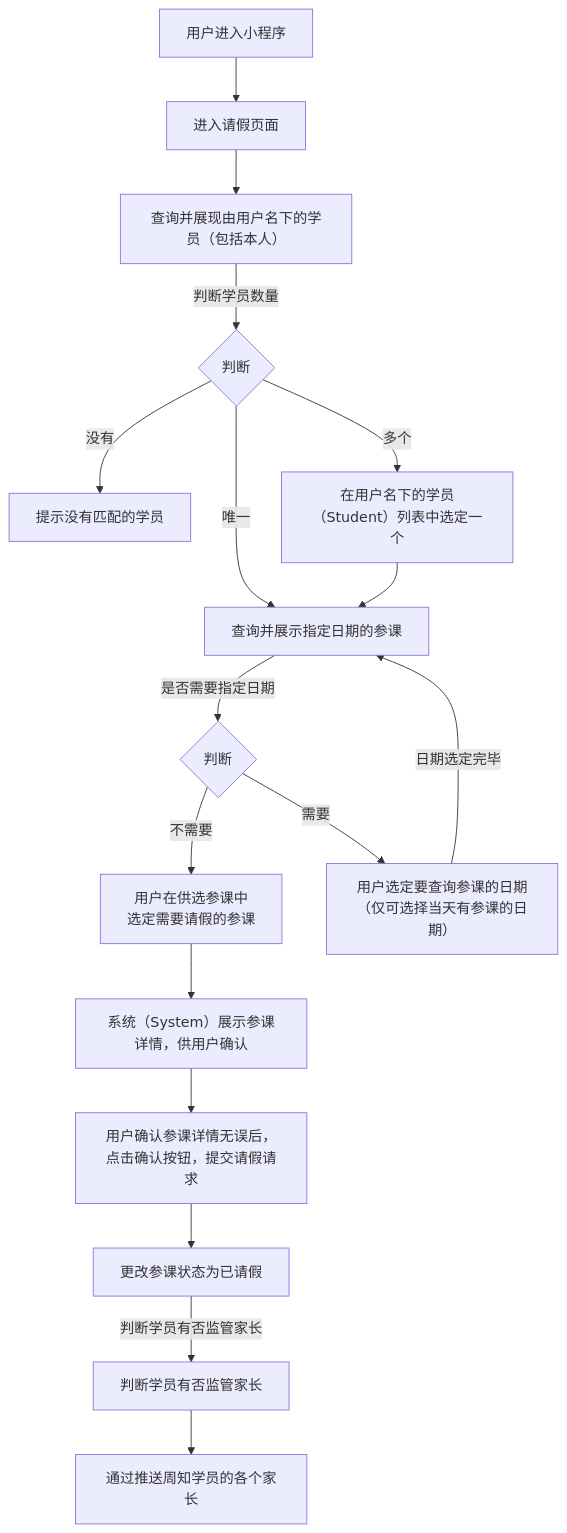
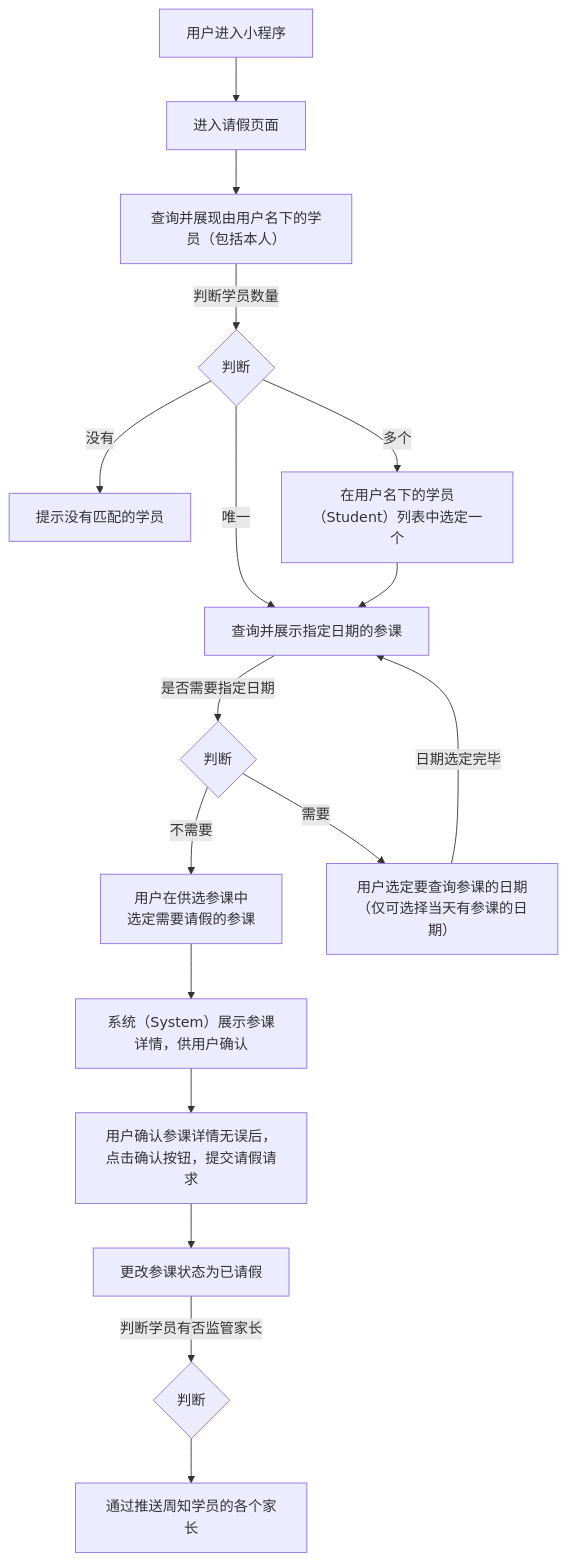
The diagram in 用例/请假.md (world-wide-web/sign), drawn with Mermaid before and after one commit. The commit also changed other lines of this file, not shown here.

Commit message:
用例/请假.md updated from https://stackedit.io/

````diff
--- a/用例/请假.md
+++ b/用例/请假.md
@@ -7,54 +7,56 @@
 ```mermaid
 graph TD
 
 进入小程序-->进入请假页面
 
 进入请假页面-->查询并展现由用户名下的学员
 
 查询并展现由用户名下的学员--判断学员数量-->判断学员数量
 
 判断学员数量--没有-->提示没有匹配的学员
 
 判断学员数量--唯一-->查询并展示指定日期的参课
 
 判断学员数量--多个-->选定学员
 
 选定学员-->查询并展示指定日期的参课
 
 查询并展示指定日期的参课--是否需要指定日期-->决定是否需要指定日期
 
 决定是否需要指定日期--不需要-->选定参课
 
 决定是否需要指定日期--需要-->选定日期
 
 选定日期--日期选定完毕-->查询并展示指定日期的参课
 
 选定参课-->展示参课详情
 
 展示参课详情-->提交请假请求
 
 提交请假请求-->更改参课状态为已请假
 
 更改参课状态为已请假--判断学员有否监管家长-->判断学员有否监管家长
 
 判断学员有否监管家长-->通过推送周知学员的各个家长
 
 进入小程序["<center>用户进入小程序</center>"]
 
 查询并展现由用户名下的学员["<center>查询并展现由用户名下的学员（包括本人）</center>"]
 
 判断学员数量{"<center>判断</center>"}
 
 选定学员["<center>在用户名下的学员（Student）列表中选定一个</center>"]
 
 决定是否需要指定日期{"<center>判断</center>"}
 
 选定日期["<center>用户选定要查询参课的日期<br>（仅可选择当天有参课的日期）</center>"]
 
 选定参课["<center>用户在供选参课中<br>选定需要请假的参课</center>"]
 
 展示参课详情["<center>系统（System）展示参课详情，供用户确认</center>"]
 
 提交请假请求["<center>用户确认参课详情无误后，点击确认按钮，提交请假请求</center>"]
 
+判断学员有否监管家长{判断}
+
 ```
````
